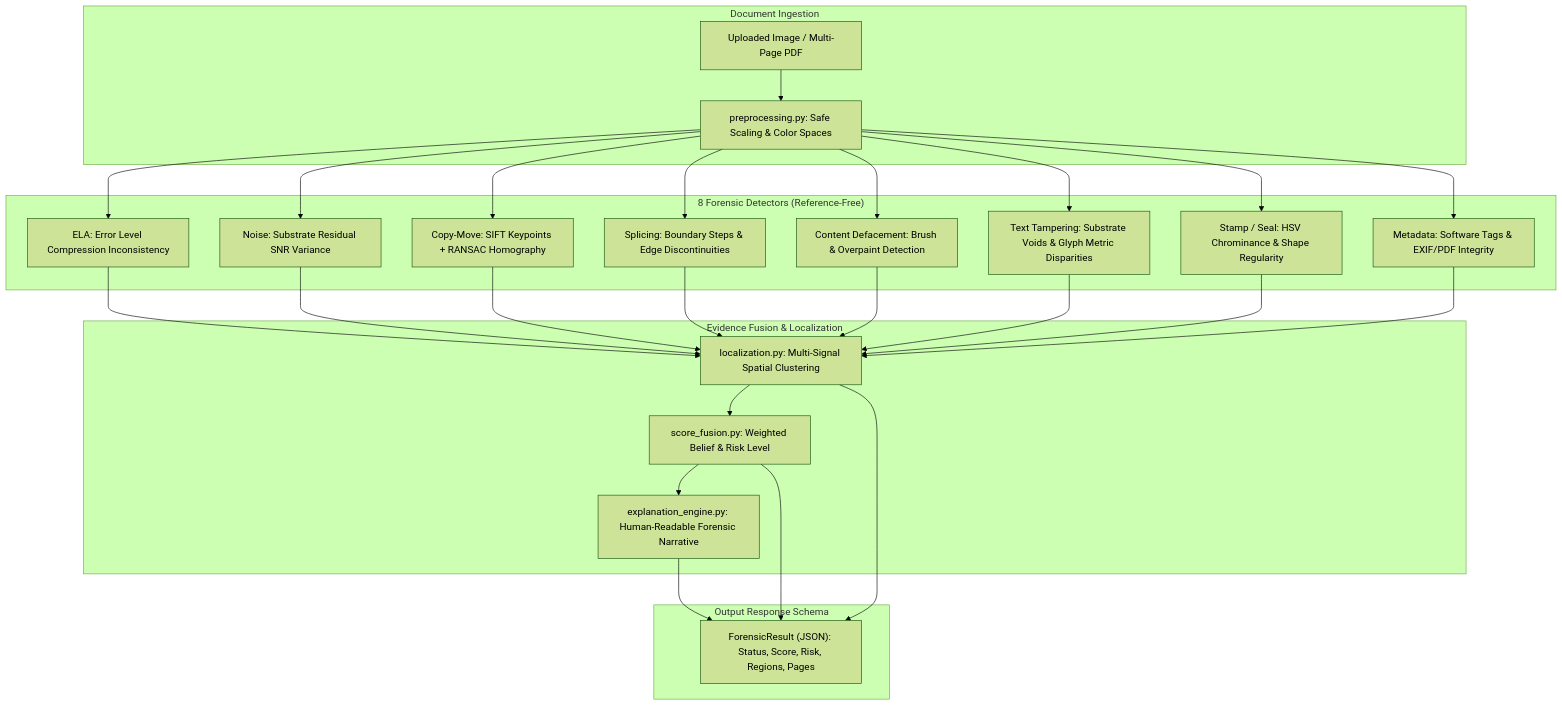
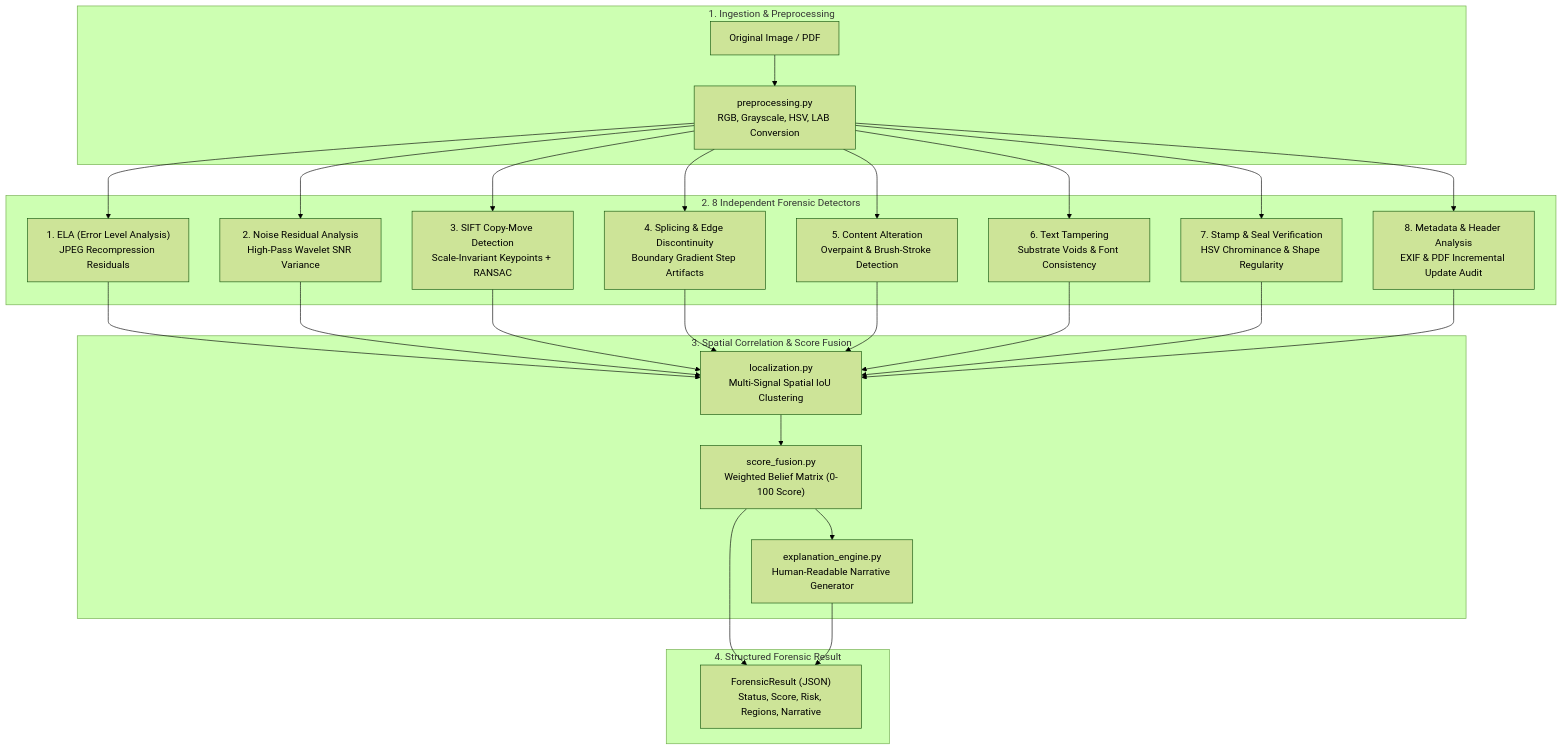
The third of 3 diagrams in README.md (DhruvilTech/DocShield-AI), drawn with Mermaid (forest theme) before and after one commit. The commit also changed other lines of this file and 14 other files, not shown here.

Commit message:
docs: overhaul documentation with project logo, feature screenshots, and comprehensive architecture guide

````diff
--- a/README.md
+++ b/README.md
@@ -72,27 +334,27 @@
 ```mermaid
 graph TD
-    subgraph Inputs["Document Ingestion"]
-        orig["Uploaded Image / Multi-Page PDF"] --> prep["preprocessing.py: Safe Scaling & Color Spaces"]
+    subgraph Inputs["1. Ingestion & Preprocessing"]
+        raw["Original Image / PDF"] --> pre["preprocessing.py<br/>RGB, Grayscale, HSV, LAB Conversion"]
     end
-    
-    subgraph Detectors["8 Forensic Detectors (Reference-Free)"]
-        prep --> ela["ELA: Error Level Compression Inconsistency"]
-        prep --> noise["Noise: Substrate Residual SNR Variance"]
-        prep --> cm["Copy-Move: SIFT Keypoints + RANSAC Homography"]
-        prep --> splice["Splicing: Boundary Steps & Edge Discontinuities"]
-        prep --> deface["Content Defacement: Brush & Overpaint Detection"]
-        prep --> text["Text Tampering: Substrate Voids & Glyph Metric Disparities"]
-        prep --> stamp["Stamp / Seal: HSV Chrominance & Shape Regularity"]
-        prep --> meta["Metadata: Software Tags & EXIF/PDF Integrity"]
+
+    subgraph Detectors["2. 8 Independent Forensic Detectors"]
+        pre --> D1["1. ELA (Error Level Analysis)<br/>JPEG Recompression Residuals"]
+        pre --> D2["2. Noise Residual Analysis<br/>High-Pass Wavelet SNR Variance"]
+        pre --> D3["3. SIFT Copy-Move Detection<br/>Scale-Invariant Keypoints + RANSAC"]
+        pre --> D4["4. Splicing & Edge Discontinuity<br/>Boundary Gradient Step Artifacts"]
+        pre --> D5["5. Content Alteration<br/>Overpaint & Brush-Stroke Detection"]
+        pre --> D6["6. Text Tampering<br/>Substrate Voids & Font Consistency"]
+        pre --> D7["7. Stamp & Seal Verification<br/>HSV Chrominance & Shape Regularity"]
+        pre --> D8["8. Metadata & Header Analysis<br/>EXIF & PDF Incremental Update Audit"]
     end
-    
-    subgraph Fusion["Evidence Fusion & Localization"]
-        ela & noise & cm & splice & deface & text & stamp & meta --> loc["localization.py: Multi-Signal Spatial Clustering"]
-        loc --> score["score_fusion.py: Weighted Belief & Risk Level"]
-        score --> exp["explanation_engine.py: Human-Readable Forensic Narrative"]
+
+    subgraph Fusion["3. Spatial Correlation & Score Fusion"]
+        D1 & D2 & D3 & D4 & D5 & D6 & D7 & D8 --> cluster["localization.py<br/>Multi-Signal Spatial IoU Clustering"]
+        cluster --> engine["score_fusion.py<br/>Weighted Belief Matrix (0-100 Score)"]
+        engine --> exp["explanation_engine.py<br/>Human-Readable Narrative Generator"]
     end
-    
-    subgraph Output["Output Response Schema"]
-        score & loc & exp --> json["ForensicResult (JSON): Status, Score, Risk, Regions, Pages"]
+
+    subgraph Output["4. Structured Forensic Result"]
+        engine & exp --> res["ForensicResult (JSON)<br/>Status, Score, Risk, Regions, Narrative"]
     end
 ```
````
